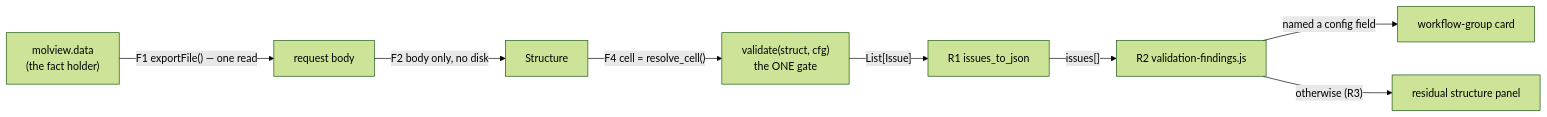
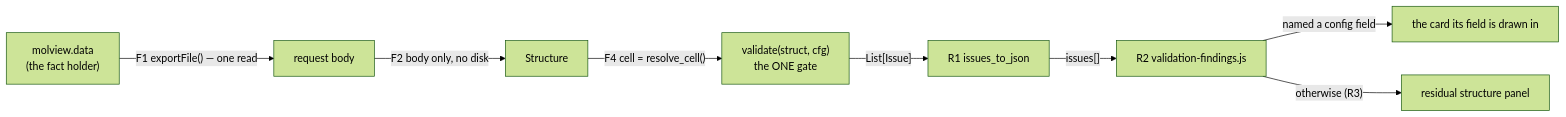
One commit to Qing-LAB/molbuilder changed the third of 3 diagrams in docs/science/validation.md. Above: the diagram before and after it, drawn with Mermaid (forest theme). The commit also changed other lines of this file and 82 other files, not shown here.

````diff
--- a/docs/science/validation.md
+++ b/docs/science/validation.md
@@ -396,10 +396,10 @@
 ```mermaid
 flowchart LR
     M["molview.data<br/>(the fact holder)"] -->|"F1 exportFile() — one read"| REQ["request body"]
     REQ -->|"F2 body only, no disk"| S["Structure"]
     S -->|"F4 cell = resolve_cell()"| V["validate(struct, cfg)<br/>the ONE gate"]
     V -->|"List[Issue]"| J["R1 issues_to_json"]
     J -->|"issues[]"| P["R2 validation-findings.js"]
-    P -->|"named a config field"| C["workflow-group card"]
+    P -->|"named a config field"| C["the card its field is drawn in"]
     P -->|"otherwise (R3)"| RES["residual structure panel"]
 ```
````
